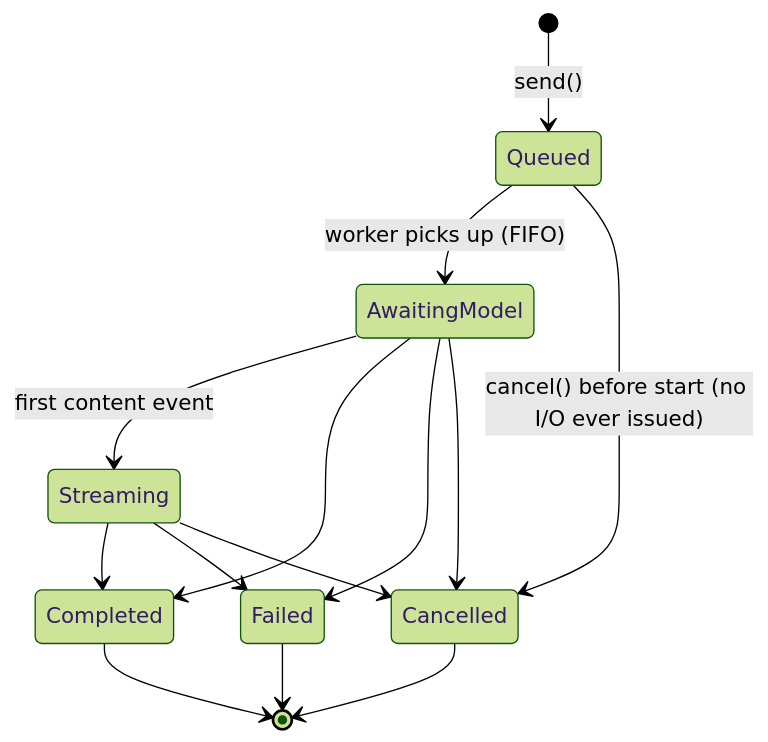
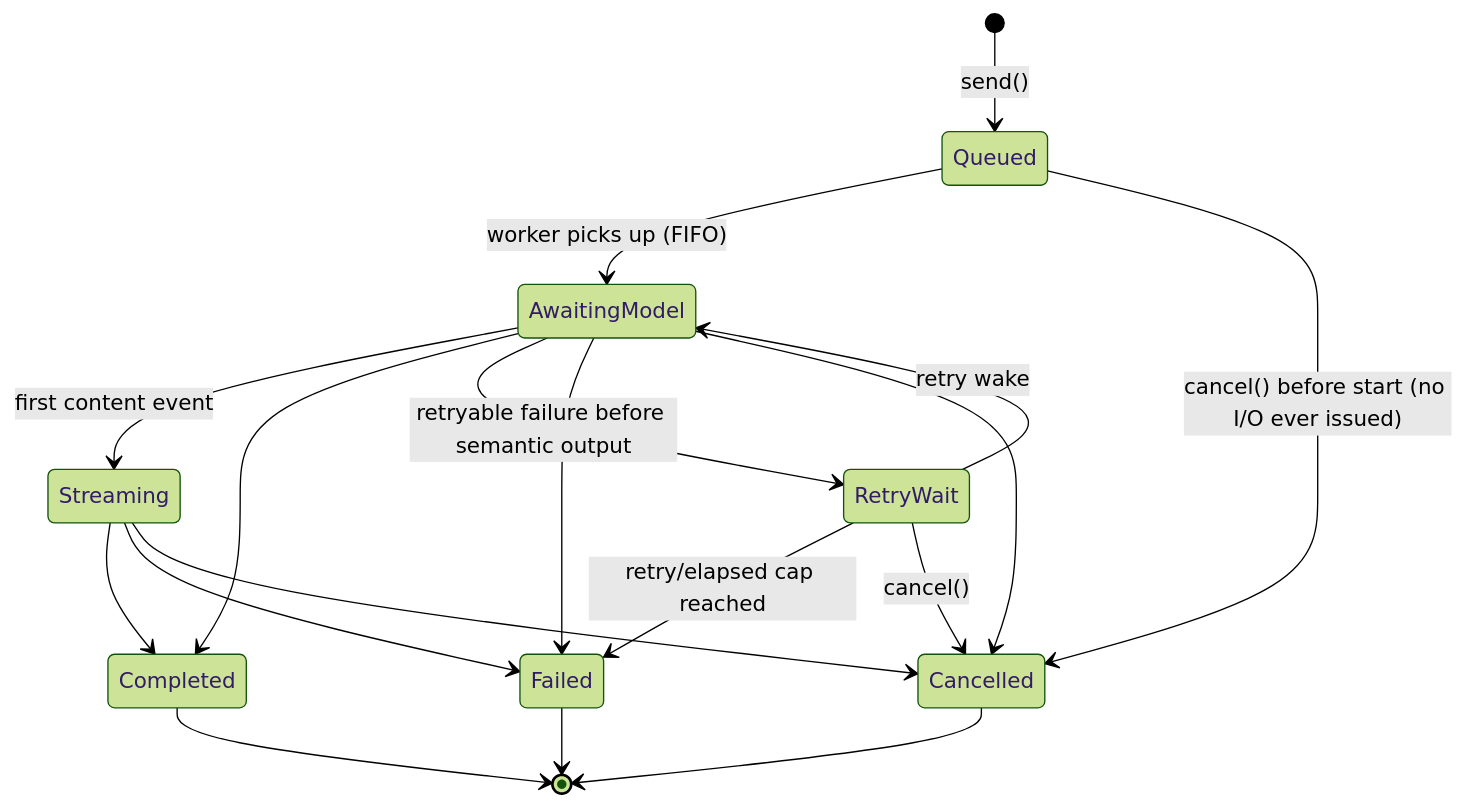
The second of 2 diagrams in ARCHITECTURE.md (crybo-rybo/scry), drawn with Mermaid (forest theme) before and after one commit. The commit also changed other lines of this file and 82 other files, not shown here.

````diff
--- a/ARCHITECTURE.md
+++ b/ARCHITECTURE.md
@@ -76,16 +83,20 @@
 ```mermaid
 stateDiagram-v2
     [*] --> Queued: send()
     Queued --> AwaitingModel: worker picks up (FIFO)
     Queued --> Cancelled: cancel() before start (no I/O ever issued)
     AwaitingModel --> Streaming: first content event
     AwaitingModel --> Completed
+    AwaitingModel --> RetryWait: retryable failure before semantic output
+    RetryWait --> AwaitingModel: retry wake
+    RetryWait --> Failed: retry/elapsed cap reached
+    RetryWait --> Cancelled: cancel()
     Streaming --> Completed
     AwaitingModel --> Failed
     Streaming --> Failed
     AwaitingModel --> Cancelled
     Streaming --> Cancelled
     Completed --> [*]
     Failed --> [*]
     Cancelled --> [*]
 ```
````
